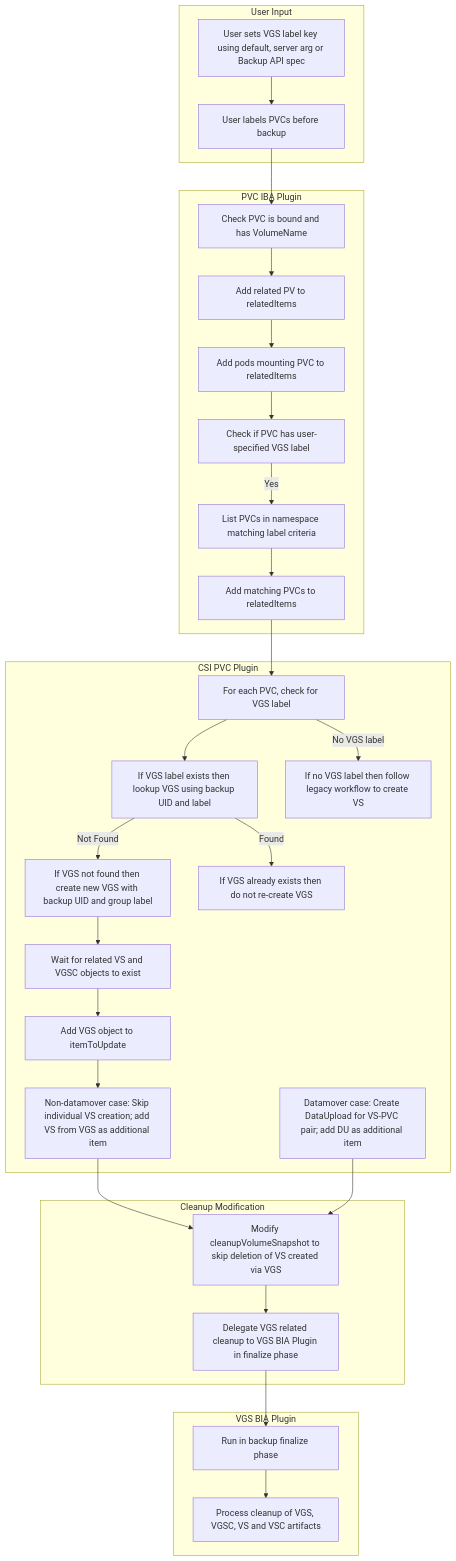
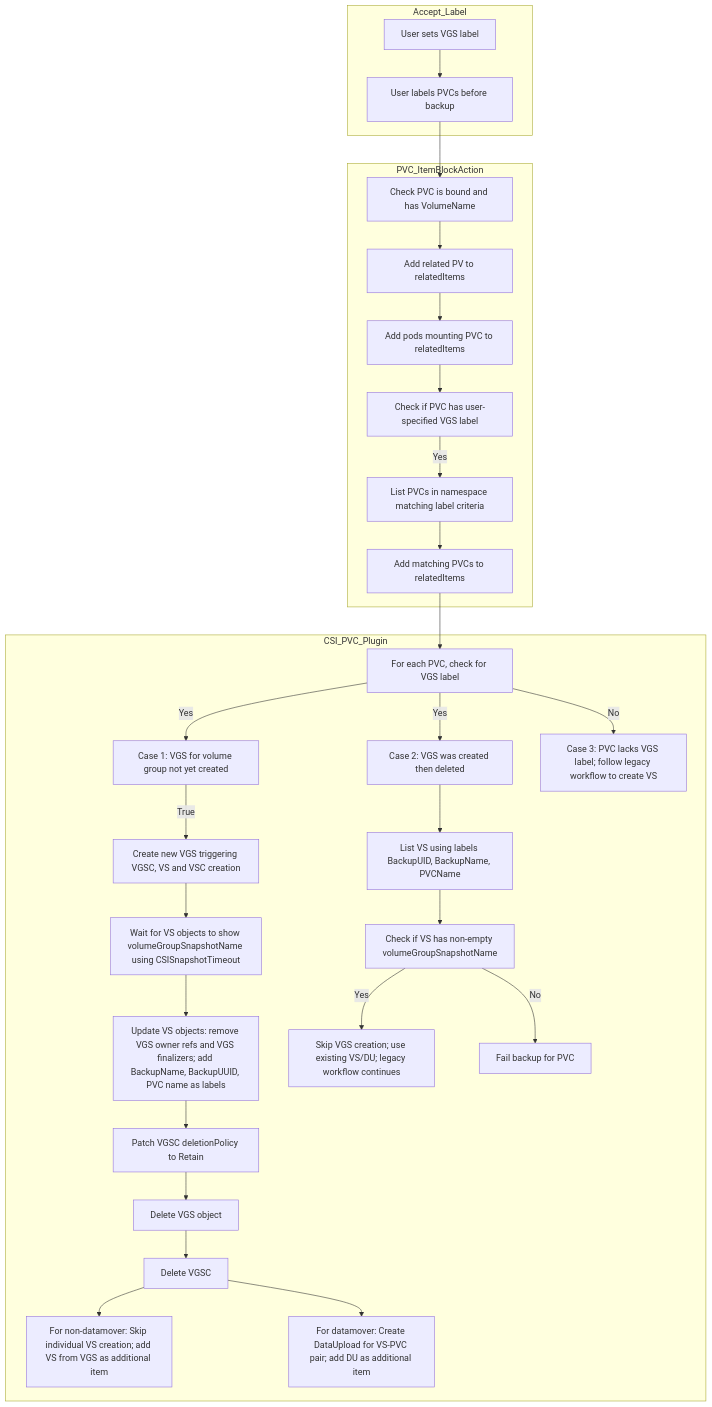
The fourth of 4 diagrams in design/volume-group-snapshot.md (vmware-tanzu/velero), drawn with Mermaid before and after one commit. The commit also changed other lines of this file, not shown here.

Commit message:
update csi plugin changes, diagram and snippets

````diff
--- a/design/volume-group-snapshot.md
+++ b/design/volume-group-snapshot.md
@@ -171,66 +163,49 @@
 ```mermaid
 flowchart TD
-%% User Input Section
-    subgraph "User Input"
-        U1[User sets VGS label key using default, server arg or Backup API spec]
-        U2[User labels PVCs before backup]
-        U1 --> U2
+%% Section 1: Accept VGS Label from User
+    subgraph Accept_Label
+        A1[User sets VGS label]
+        A2[User labels PVCs before backup]
+        A1 --> A2
     end
 
-%% PVC ItemBlockAction Plugin Section
-    subgraph "PVC IBA Plugin"
-        I1[Check PVC is bound and has VolumeName]
-        I2[Add related PV to relatedItems]
-        I3[Add pods mounting PVC to relatedItems]
-        I4[Check if PVC has user-specified VGS label]
-        I5[List PVCs in namespace matching label criteria]
-        I6[Add matching PVCs to relatedItems]
-        I1 --> I2
-        I2 --> I3
-        I3 --> I4
-        I4 -- Yes --> I5
-        I5 --> I6
+%% Section 2: PVC ItemBlockAction Plugin
+    subgraph PVC_ItemBlockAction
+        B1[Check PVC is bound and has VolumeName]
+        B2[Add related PV to relatedItems]
+        B3[Add pods mounting PVC to relatedItems]
+        B4[Check if PVC has user-specified VGS label]
+        B5[List PVCs in namespace matching label criteria]
+        B6[Add matching PVCs to relatedItems]
+        B1 --> B2 --> B3 --> B4
+        B4 -- Yes --> B5
+        B5 --> B6
     end
 
-%% CSI PVC Plugin Section
-subgraph "CSI PVC Plugin"
+%% Section 3: CSI PVC Plugin Updates
+subgraph CSI_PVC_Plugin
 C1[For each PVC, check for VGS label]
-C2[If VGS label exists then lookup VGS using backup UID and label]
-C3[If VGS not found then create new VGS with backup UID and group label]
-C4[Wait for related VS and VGSC objects to exist]
-C5[Add VGS object to itemToUpdate]
-C6[Non-datamover case: Skip individual VS creation; add VS from VGS as additional item]
-C7[Datamover case: Create DataUpload for VS-PVC pair; add DU as additional item]
-C8[If VGS already exists then do not re-create VGS]
-C9[If no VGS label then follow legacy workflow to create VS]
-C1 --> C2
-C2 -- Not Found --> C3
-C3 --> C4
-C4 --> C5
-C5 --> C6
-C2 -- Found --> C8
-C1 -- No VGS label --> C9
+C1 -- Yes --> C2[Case 1: VGS for volume group not yet created]
+C2 -- True --> C3[Create new VGS triggering VGSC, VS and VSC creation]
+C3 --> C4[Wait for VS objects to show volumeGroupSnapshotName using CSISnapshotTimeout]
+C4 --> C5[Update VS objects: remove VGS owner refs and VGS finalizers; add BackupName, BackupUUID, PVC name as labels]
+C5 --> C6[Patch VGSC deletionPolicy to Retain]
+C6 --> C7[Delete VGS object]
+C7 --> C8[Delete VGSC]
+C8 --> C9[For non-datamover: Skip individual VS creation; add VS from VGS as additional item]
+C8 --> C10[For datamover: Create DataUpload for VS-PVC pair; add DU as additional item]
+
+C1 -- Yes --> C11[Case 2: VGS was created then deleted]
+C11 --> C12[List VS using labels BackupUID, BackupName, PVCName]
+C12 --> C13[Check if VS has non-empty volumeGroupSnapshotName]
+C13 -- Yes --> C14[Skip VGS creation; use existing VS/DU; legacy workflow continues]
+C13 -- No --> C15[Fail backup for PVC]
+
+C1 -- No --> C16[Case 3: PVC lacks VGS label; follow legacy workflow to create VS]
 end
 
-%% Cleanup Modification Section
-subgraph "Cleanup Modification"
-CL1[Modify cleanupVolumeSnapshot to skip deletion of VS created via VGS]
-CL2[Delegate VGS related cleanup to VGS BIA Plugin in finalize phase]
-CL1 --> CL2
-end
-
-%% VGS BackupItemAction Plugin Section
-subgraph "VGS BIA Plugin"
-V1[Run in backup finalize phase]
-V2[Process cleanup of VGS, VGSC, VS and VSC artifacts]
-V1 --> V2
-end
-
-%% Connect Major Sections
-U2 --> I1
-I6 --> C1
-C6 --> CL1
-C7 --> CL1
-CL2 --> V1
+%% Connect Main Sections
+A2 --> B1
+B6 --> C1
 
 ```
````
